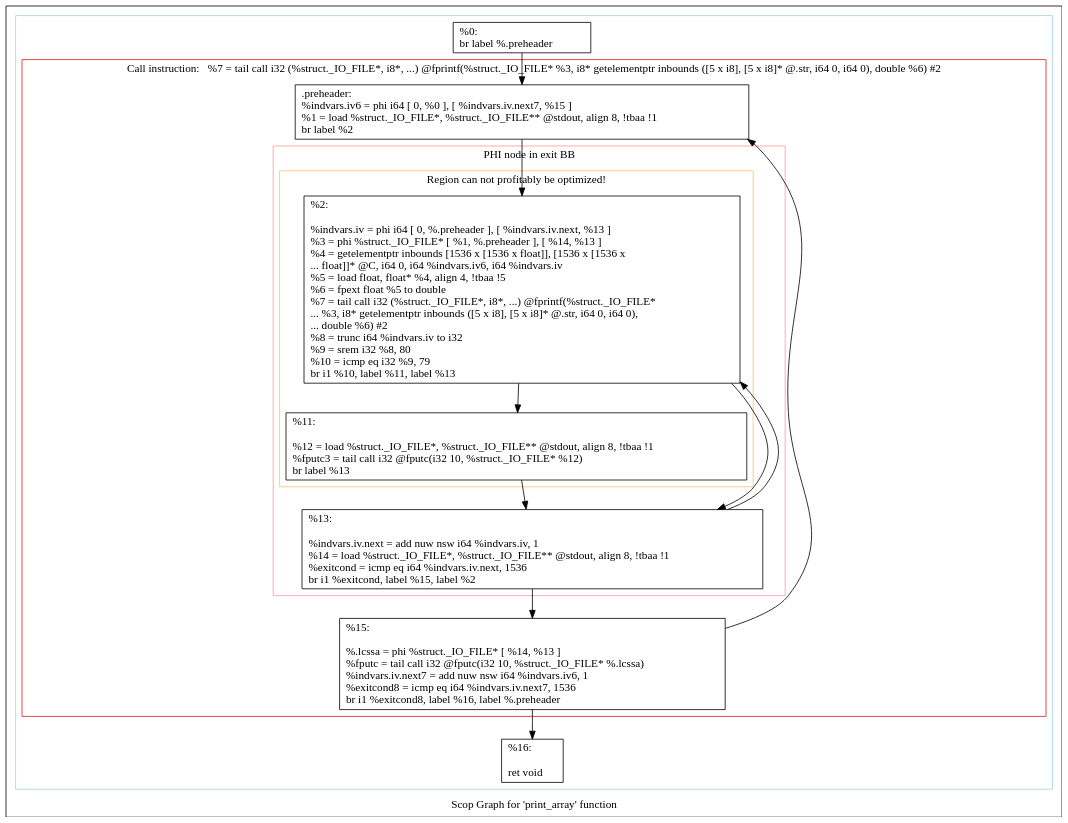
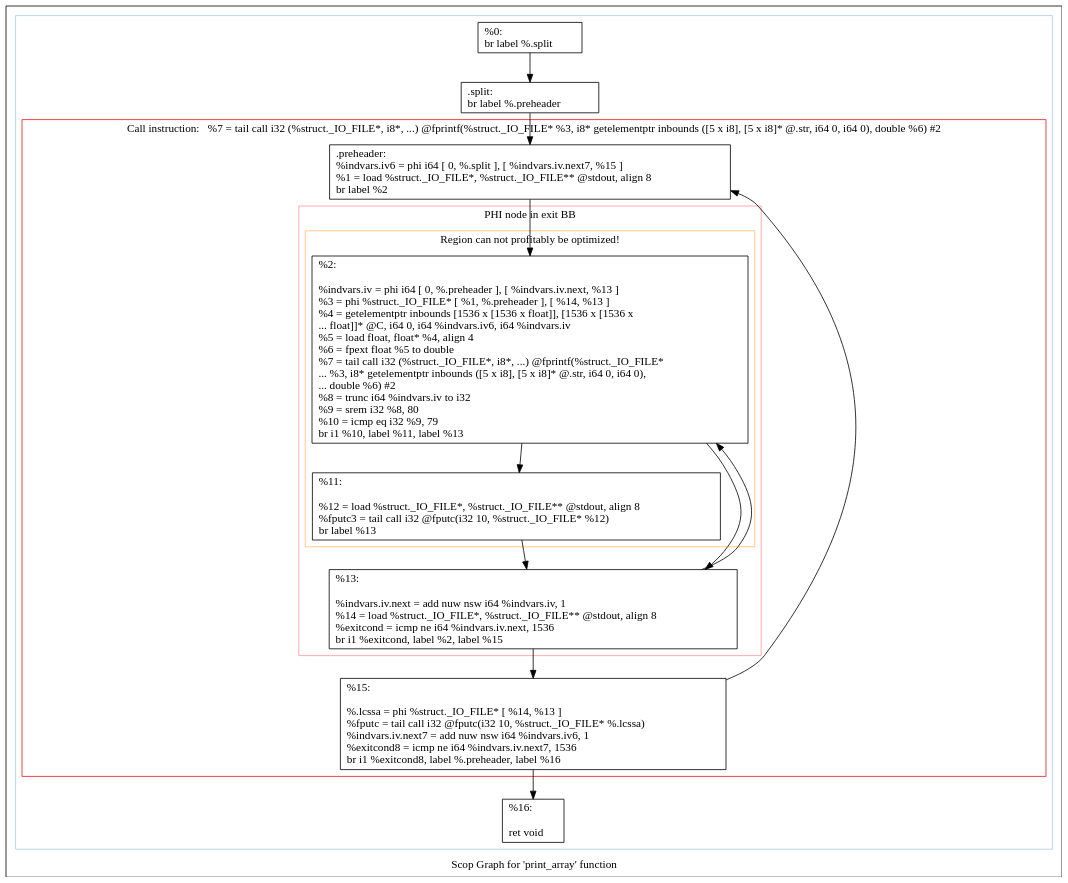
The diagram in matmul-polly/scops.print_array.dot (rogerioag/openmp-hook), drawn with Graphviz before and after one commit. The commit also changed 20 other files, not shown here.

```diff
--- a/matmul-polly/scops.print_array.dot
+++ b/matmul-polly/scops.print_array.dot
@@ -1,48 +1,51 @@
 digraph "Scop Graph for 'print_array' function" {
 	label="Scop Graph for 'print_array' function";
 
-	Node0x14df830 [shape=record,label="{%0:\l  br label %.preheader\l}"];
-	Node0x14df830 -> Node0x15223e0;
-	Node0x15223e0 [shape=record,label="{.preheader:                                       \l  %indvars.iv6 = phi i64 [ 0, %0 ], [ %indvars.iv.next7, %15 ]\l  %1 = load %struct._IO_FILE*, %struct._IO_FILE** @stdout, align 8, !tbaa !1\l  br label %2\l}"];
-	Node0x15223e0 -> Node0x15215f0;
-	Node0x15215f0 [shape=record,label="{%2:\l\l  %indvars.iv = phi i64 [ 0, %.preheader ], [ %indvars.iv.next, %13 ]\l  %3 = phi %struct._IO_FILE* [ %1, %.preheader ], [ %14, %13 ]\l  %4 = getelementptr inbounds [1536 x [1536 x float]], [1536 x [1536 x\l... float]]* @C, i64 0, i64 %indvars.iv6, i64 %indvars.iv\l  %5 = load float, float* %4, align 4, !tbaa !5\l  %6 = fpext float %5 to double\l  %7 = tail call i32 (%struct._IO_FILE*, i8*, ...) @fprintf(%struct._IO_FILE*\l... %3, i8* getelementptr inbounds ([5 x i8], [5 x i8]* @.str, i64 0, i64 0),\l... double %6) #2\l  %8 = trunc i64 %indvars.iv to i32\l  %9 = srem i32 %8, 80\l  %10 = icmp eq i32 %9, 79\l  br i1 %10, label %11, label %13\l}"];
-	Node0x15215f0 -> Node0x14e41e0;
-	Node0x15215f0 -> Node0x14e4200;
-	Node0x14e41e0 [shape=record,label="{%11:\l\l  %12 = load %struct._IO_FILE*, %struct._IO_FILE** @stdout, align 8, !tbaa !1\l  %fputc3 = tail call i32 @fputc(i32 10, %struct._IO_FILE* %12)\l  br label %13\l}"];
-	Node0x14e41e0 -> Node0x14e4200;
-	Node0x14e4200 [shape=record,label="{%13:\l\l  %indvars.iv.next = add nuw nsw i64 %indvars.iv, 1\l  %14 = load %struct._IO_FILE*, %struct._IO_FILE** @stdout, align 8, !tbaa !1\l  %exitcond = icmp eq i64 %indvars.iv.next, 1536\l  br i1 %exitcond, label %15, label %2\l}"];
-	Node0x14e4200 -> Node0x1521660;
-	Node0x14e4200 -> Node0x15215f0[constraint=false];
-	Node0x1521660 [shape=record,label="{%15:\l\l  %.lcssa = phi %struct._IO_FILE* [ %14, %13 ]\l  %fputc = tail call i32 @fputc(i32 10, %struct._IO_FILE* %.lcssa)\l  %indvars.iv.next7 = add nuw nsw i64 %indvars.iv6, 1\l  %exitcond8 = icmp eq i64 %indvars.iv.next7, 1536\l  br i1 %exitcond8, label %16, label %.preheader\l}"];
-	Node0x1521660 -> Node0x15216c0;
-	Node0x1521660 -> Node0x15223e0[constraint=false];
-	Node0x15216c0 [shape=record,label="{%16:\l\l  ret void\l}"];
+	Node0x269d4c0 [shape=record,label="{%0:\l  br label %.split\l}"];
+	Node0x269d4c0 -> Node0x269d440;
+	Node0x269d440 [shape=record,label="{.split:                                           \l  br label %.preheader\l}"];
+	Node0x269d440 -> Node0x269d2a0;
+	Node0x269d2a0 [shape=record,label="{.preheader:                                       \l  %indvars.iv6 = phi i64 [ 0, %.split ], [ %indvars.iv.next7, %15 ]\l  %1 = load %struct._IO_FILE*, %struct._IO_FILE** @stdout, align 8\l  br label %2\l}"];
+	Node0x269d2a0 -> Node0x269d160;
+	Node0x269d160 [shape=record,label="{%2:\l\l  %indvars.iv = phi i64 [ 0, %.preheader ], [ %indvars.iv.next, %13 ]\l  %3 = phi %struct._IO_FILE* [ %1, %.preheader ], [ %14, %13 ]\l  %4 = getelementptr inbounds [1536 x [1536 x float]], [1536 x [1536 x\l... float]]* @C, i64 0, i64 %indvars.iv6, i64 %indvars.iv\l  %5 = load float, float* %4, align 4\l  %6 = fpext float %5 to double\l  %7 = tail call i32 (%struct._IO_FILE*, i8*, ...) @fprintf(%struct._IO_FILE*\l... %3, i8* getelementptr inbounds ([5 x i8], [5 x i8]* @.str, i64 0, i64 0),\l... double %6) #2\l  %8 = trunc i64 %indvars.iv to i32\l  %9 = srem i32 %8, 80\l  %10 = icmp eq i32 %9, 79\l  br i1 %10, label %11, label %13\l}"];
+	Node0x269d160 -> Node0x269d180;
+	Node0x269d160 -> Node0x269cfa0;
+	Node0x269d180 [shape=record,label="{%11:\l\l  %12 = load %struct._IO_FILE*, %struct._IO_FILE** @stdout, align 8\l  %fputc3 = tail call i32 @fputc(i32 10, %struct._IO_FILE* %12)\l  br label %13\l}"];
+	Node0x269d180 -> Node0x269cfa0;
+	Node0x269cfa0 [shape=record,label="{%13:\l\l  %indvars.iv.next = add nuw nsw i64 %indvars.iv, 1\l  %14 = load %struct._IO_FILE*, %struct._IO_FILE** @stdout, align 8\l  %exitcond = icmp ne i64 %indvars.iv.next, 1536\l  br i1 %exitcond, label %2, label %15\l}"];
+	Node0x269cfa0 -> Node0x269d160[constraint=false];
+	Node0x269cfa0 -> Node0x269cfc0;
+	Node0x269cfc0 [shape=record,label="{%15:\l\l  %.lcssa = phi %struct._IO_FILE* [ %14, %13 ]\l  %fputc = tail call i32 @fputc(i32 10, %struct._IO_FILE* %.lcssa)\l  %indvars.iv.next7 = add nuw nsw i64 %indvars.iv6, 1\l  %exitcond8 = icmp ne i64 %indvars.iv.next7, 1536\l  br i1 %exitcond8, label %.preheader, label %16\l}"];
+	Node0x269cfc0 -> Node0x269d2a0[constraint=false];
+	Node0x269cfc0 -> Node0x269d5a0;
+	Node0x269d5a0 [shape=record,label="{%16:\l\l  ret void\l}"];
 	colorscheme = "paired12"
-        subgraph cluster_0x14df740 {
+        subgraph cluster_0x2691e10 {
           label = "";
           style = solid;
           color = 1
-          subgraph cluster_0x1516330 {
+          subgraph cluster_0x269d4e0 {
             label = "Call instruction:   %7 = tail call i32 (%struct._IO_FILE*, i8*, ...) @fprintf(%struct._IO_FILE* %3, i8* getelementptr inbounds ([5 x i8], [5 x i8]* @.str, i64 0, i64 0), double %6) #2";
             style = solid;
             color = 6
-            subgraph cluster_0x15162b0 {
+            subgraph cluster_0x268eb10 {
               label = "PHI node in exit BB";
               style = solid;
               color = 5
-              subgraph cluster_0x1516230 {
+              subgraph cluster_0x2691e90 {
                 label = "Region can not profitably be optimized!";
                 style = solid;
                 color = 7
-                Node0x15215f0;
-                Node0x14e41e0;
+                Node0x269d160;
+                Node0x269d180;
               }
-              Node0x14e4200;
+              Node0x269cfa0;
             }
-            Node0x15223e0;
-            Node0x1521660;
+            Node0x269d2a0;
+            Node0x269cfc0;
           }
-          Node0x14df830;
-          Node0x15216c0;
+          Node0x269d4c0;
+          Node0x269d440;
+          Node0x269d5a0;
         }
 }
```
